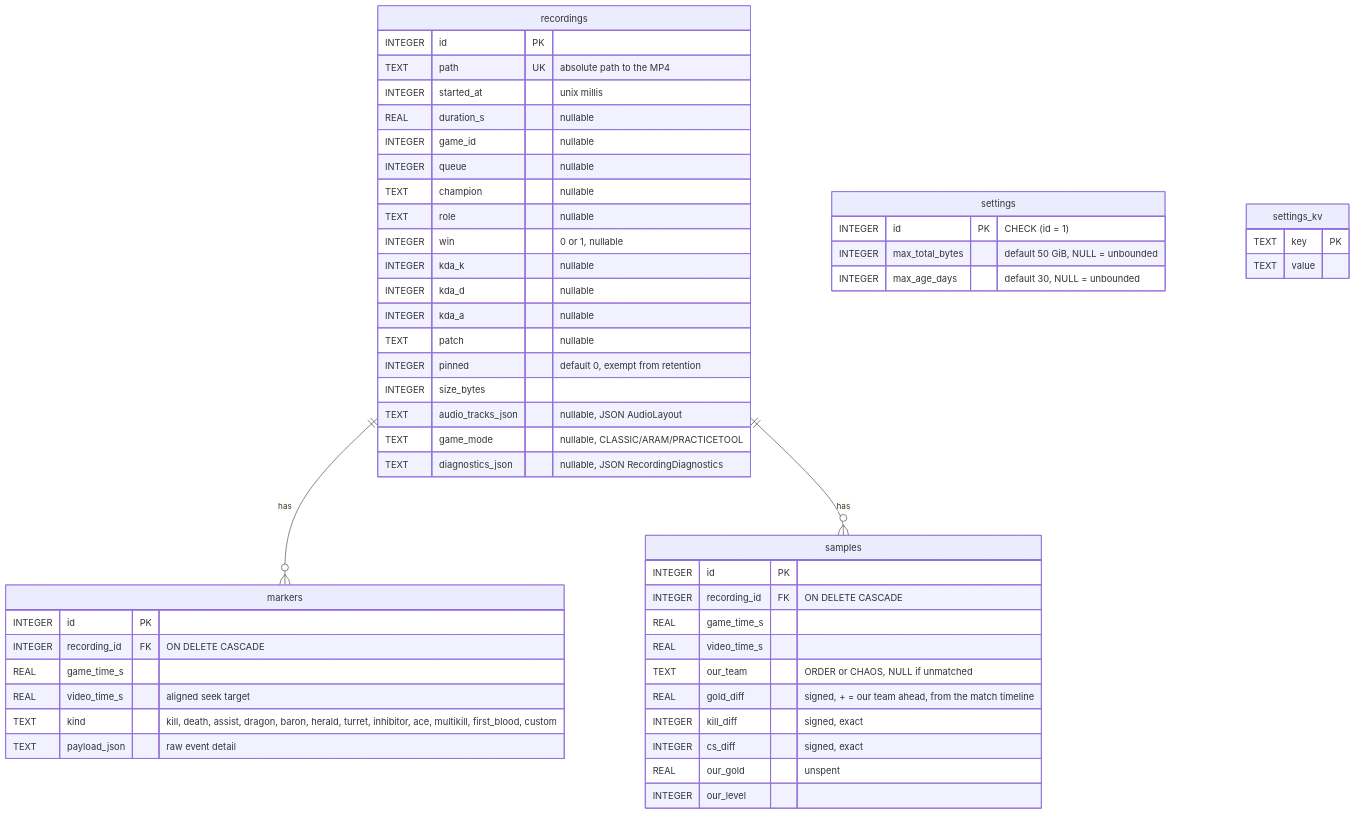
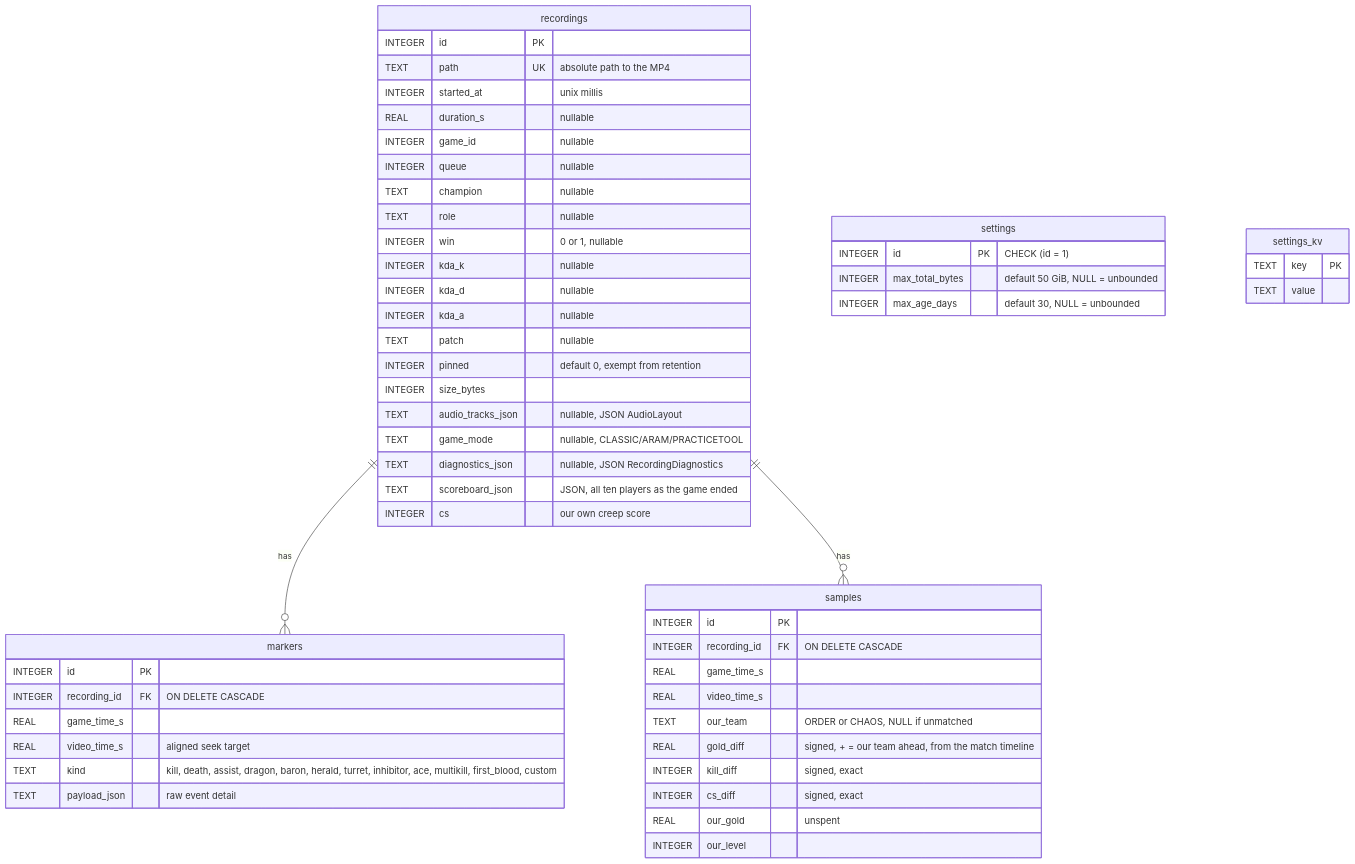
One commit to NinjaGoldfinch/ninja-recorder changed the first of 3 diagrams in docs/data-model.md. Above: the diagram before and after it, drawn with Mermaid. The commit also changed other lines of this file and 9 other files, not shown here.

First line of the commit message:
feat(db): capture the end-of-game scoreboard

````diff
--- a/docs/data-model.md
+++ b/docs/data-model.md
@@ -15,55 +15,57 @@
 ```mermaid
 erDiagram
     recordings ||--o{ markers : "has"
     recordings ||--o{ samples : "has"
 
     recordings {
         INTEGER id PK
         TEXT    path UK "absolute path to the MP4"
         INTEGER started_at "unix millis"
         REAL    duration_s "nullable"
         INTEGER game_id "nullable"
         INTEGER queue "nullable"
         TEXT    champion "nullable"
         TEXT    role "nullable"
         INTEGER win "0 or 1, nullable"
         INTEGER kda_k "nullable"
         INTEGER kda_d "nullable"
         INTEGER kda_a "nullable"
         TEXT    patch "nullable"
         INTEGER pinned "default 0, exempt from retention"
         INTEGER size_bytes
         TEXT    audio_tracks_json "nullable, JSON AudioLayout"
         TEXT    game_mode "nullable, CLASSIC/ARAM/PRACTICETOOL"
         TEXT    diagnostics_json "nullable, JSON RecordingDiagnostics"
+        TEXT    scoreboard_json "JSON, all ten players as the game ended"
+        INTEGER cs "our own creep score"
     }
     markers {
         INTEGER id PK
         INTEGER recording_id FK "ON DELETE CASCADE"
         REAL    game_time_s
         REAL    video_time_s "aligned seek target"
         TEXT    kind "kill, death, assist, dragon, baron, herald, turret, inhibitor, ace, multikill, first_blood, custom"
         TEXT    payload_json "raw event detail"
     }
     samples {
         INTEGER id PK
         INTEGER recording_id FK "ON DELETE CASCADE"
         REAL    game_time_s
         REAL    video_time_s
         TEXT    our_team "ORDER or CHAOS, NULL if unmatched"
         REAL    gold_diff "signed, + = our team ahead, from the match timeline"
         INTEGER kill_diff "signed, exact"
         INTEGER cs_diff "signed, exact"
         REAL    our_gold "unspent"
         INTEGER our_level
     }
     settings {
         INTEGER id PK "CHECK (id = 1)"
         INTEGER max_total_bytes "default 50 GiB, NULL = unbounded"
         INTEGER max_age_days "default 30, NULL = unbounded"
     }
     settings_kv {
         TEXT key PK
         TEXT value
     }
 ```
````
